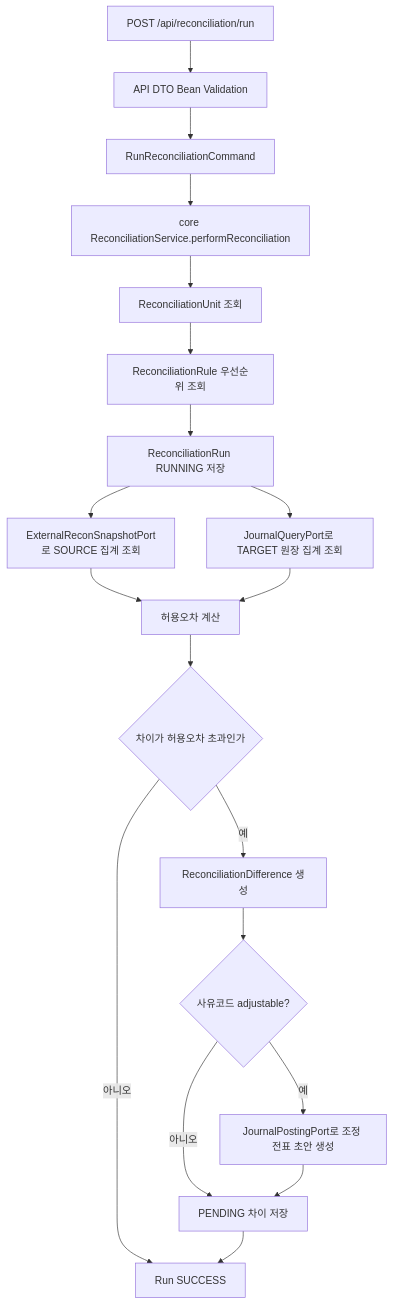
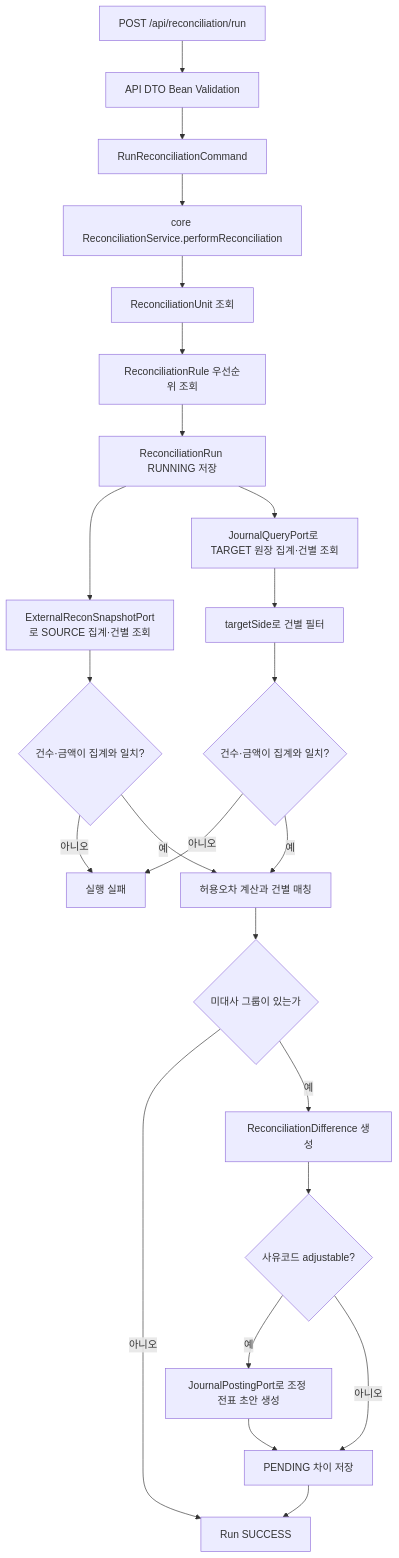
The first of 3 diagrams in reconciliation/docs/process-flow.md (skyg547/account), drawn with Mermaid before and after one commit. The commit also changed other lines of this file and 2 other files, not shown here.

Commit message:
fix(reconciliation): enforce sided item and aggregate consistency for issue 860

````diff
--- a/reconciliation/docs/process-flow.md
+++ b/reconciliation/docs/process-flow.md
@@ -48,21 +48,26 @@
 ```mermaid
 flowchart TD
     A[POST /api/reconciliation/run] --> B[API DTO Bean Validation]
     B --> C[RunReconciliationCommand]
     C --> D[core ReconciliationService.performReconciliation]
     D --> E[ReconciliationUnit 조회]
     E --> F[ReconciliationRule 우선순위 조회]
     F --> G[ReconciliationRun RUNNING 저장]
-    G --> H[ExternalReconSnapshotPort로 SOURCE 집계 조회]
-    G --> I[JournalQueryPort로 TARGET 원장 집계 조회]
-    H --> J[허용오차 계산]
-    I --> J
-    J --> K{차이가 허용오차 초과인가}
+    G --> H[ExternalReconSnapshotPort로 SOURCE 집계·건별 조회]
+    G --> I[JournalQueryPort로 TARGET 원장 집계·건별 조회]
+    I --> I1[targetSide로 건별 필터]
+    I1 --> I2{건수·금액이 집계와 일치?}
+    I2 -->|아니오| X[실행 실패]
+    H --> H1{건수·금액이 집계와 일치?}
+    H1 -->|아니오| X
+    H1 -->|예| J[허용오차 계산과 건별 매칭]
+    I2 -->|예| J
+    J --> K{미대사 그룹이 있는가}
     K -->|아니오| L[Run SUCCESS]
     K -->|예| M[ReconciliationDifference 생성]
     M --> N{사유코드 adjustable?}
     N -->|예| O[JournalPostingPort로 조정 전표 초안 생성]
     N -->|아니오| P[PENDING 차이 저장]
     O --> P
     P --> L
 ```
````
